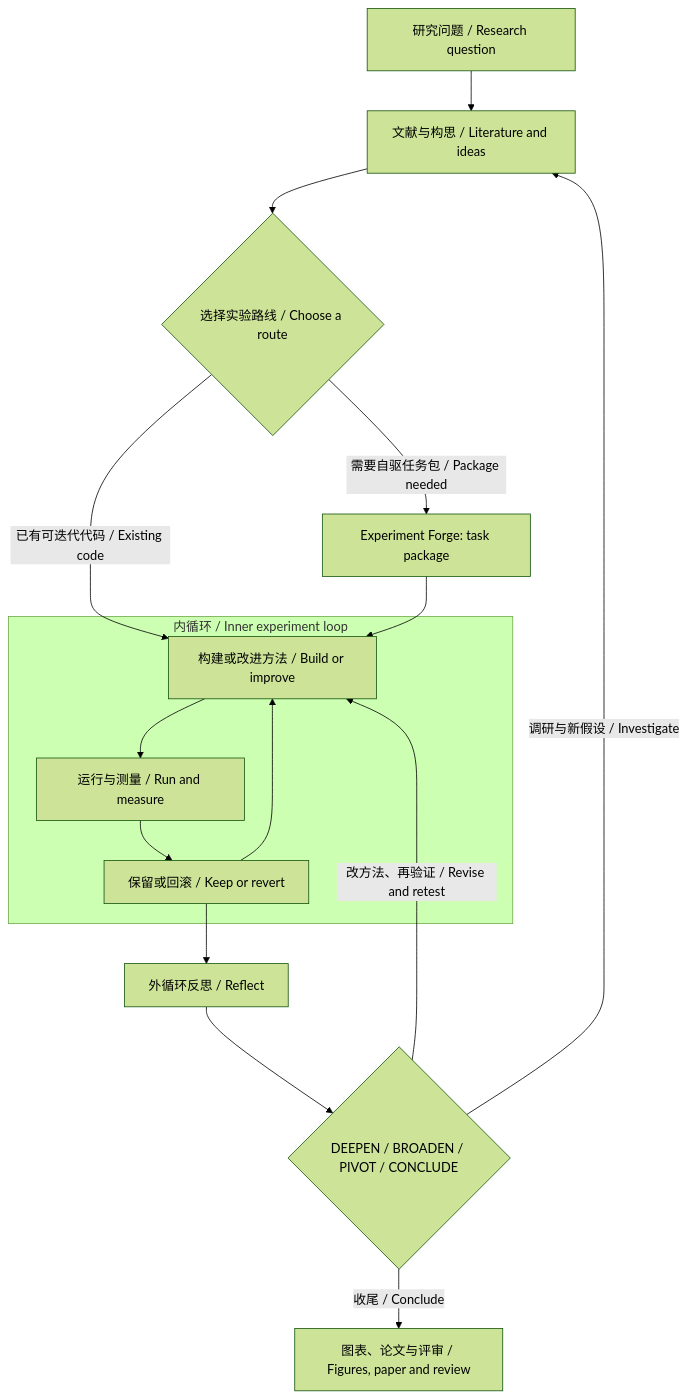
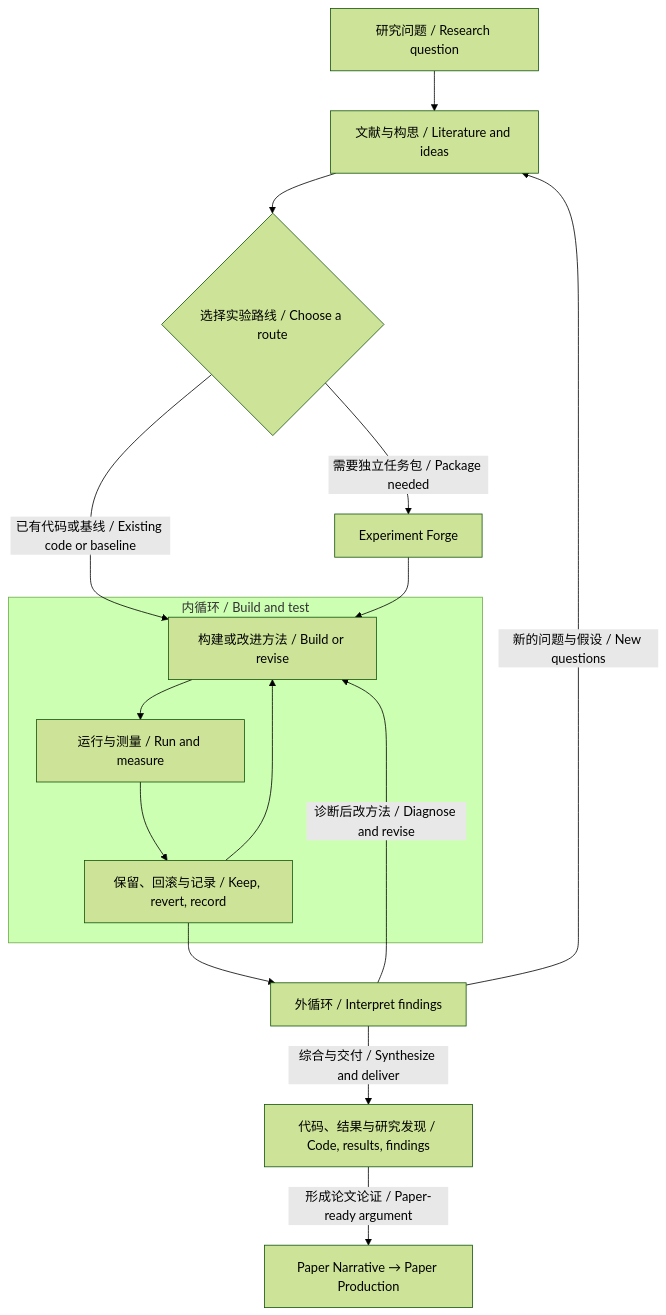
Before and after one commit to Yichen-ZJU/claude-for-research: the diagram in README.md, drawn with Mermaid (forest theme). The commit also changed other lines of this file, not shown here.

Commit message:
Present Lemvo research routing, continuity and Paper Narrative

````diff
--- a/README.md
+++ b/README.md
@@ -16,18 +26,18 @@
 ```mermaid
 flowchart TD
-  Q[研究问题 / Research question] --> L[文献与构思 / Literature and ideas]
-  L --> E{选择实验路线 / Choose a route}
-  E -->|需要自驱任务包 / Package needed| F[Experiment Forge: task package]
-  E -->|已有可迭代代码 / Existing code| M
-  subgraph INNER[内循环 / Inner experiment loop]
-    M[构建或改进方法 / Build or improve] --> T[运行与测量 / Run and measure]
-    T --> K[保留或回滚 / Keep or revert]
+  Q["研究问题 / Research question"] --> L["文献与构思 / Literature and ideas"]
+  L --> E{"选择实验路线 / Choose a route"}
+  E -->|"已有代码或基线 / Existing code or baseline"| M
+  E -->|"需要独立任务包 / Package needed"| F["Experiment Forge"]
+  F --> M
+  subgraph INNER["内循环 / Build and test"]
+    M["构建或改进方法 / Build or revise"] --> T["运行与测量 / Run and measure"]
+    T --> K["保留、回滚与记录 / Keep, revert, record"]
     K --> M
   end
-  F --> M
-  K --> R[外循环反思 / Reflect]
-  R --> D{DEEPEN / BROADEN / PIVOT / CONCLUDE}
-  D -->|改方法、再验证 / Revise and retest| M
-  D -->|调研与新假设 / Investigate| L
-  D -->|收尾 / Conclude| W[图表、论文与评审 / Figures, paper and review]
+  K --> R["外循环 / Interpret findings"]
+  R -->|"诊断后改方法 / Diagnose and revise"| M
+  R -->|"新的问题与假设 / New questions"| L
+  R -->|"综合与交付 / Synthesize and deliver"| D["代码、结果与研究发现 / Code, results, findings"]
+  D -->|"形成论文论证 / Paper-ready argument"| W["Paper Narrative → Paper Production"]
 ```
````
